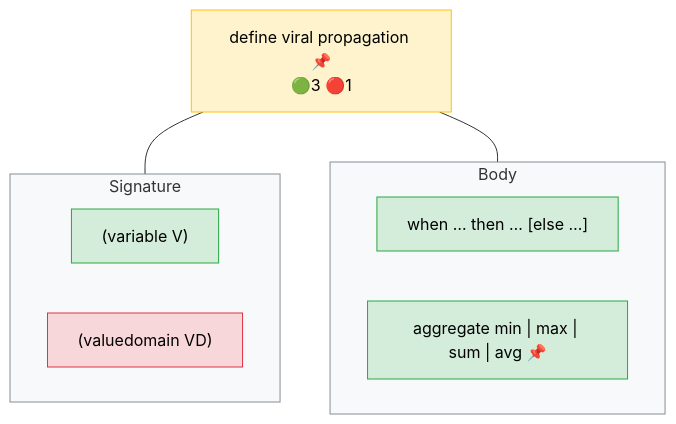
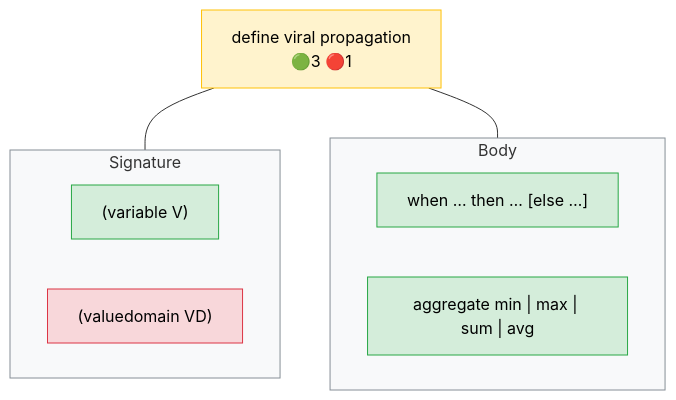
One commit to Meaningful-Data/vtlengine changed the diagram in docs/operator_map/definitions/define_viral_propagation.rst. Above: the diagram before and after it, drawn with Mermaid. The commit also changed other lines of this file and 145 other files, not shown here.

```diff
--- a/docs/operator_map/definitions/define_viral_propagation.rst
+++ b/docs/operator_map/definitions/define_viral_propagation.rst
@@ -17,30 +17,30 @@
 .. mermaid::
    :config: {"flowchart": {"useMaxWidth": false}}
 
    flowchart TB
        classDef ok fill:#d4edda,stroke:#28a745,color:#000
        classDef partial fill:#fff3cd,stroke:#ffc107,color:#000
        classDef refused fill:#d4edda,stroke:#28a745,stroke-width:3px,stroke-dasharray: 2 2,color:#000
        classDef missing fill:#f8d7da,stroke:#dc3545,color:#000
        classDef diverge fill:#cce5ff,stroke:#007bff,color:#000
        classDef block fill:#2b3a4a,stroke:#2b3a4a,color:#fff,font-weight:bold
        classDef ext fill:#fff,stroke:#666,color:#000,stroke-dasharray: 5 5
-       O["define viral propagation 📌<br/>🟢3 🔴1"]:::partial
+       O["define viral propagation<br/>🟢3 🔴1"]:::partial
        subgraph G_b1["Signature"]
            direction LR
            v_variable["(variable V)"]:::ok
            v_valuedomain["(valuedomain VD)"]:::missing
        end
        subgraph G_b2["Body"]
            direction LR
            v_enumerated["when … then … #91;else …#93;"]:::ok
-           v_aggregation["aggregate min #124; max #124; sum #124; avg 📌"]:::ok
+           v_aggregation["aggregate min #124; max #124; sum #124; avg"]:::ok
        end
        O --- G_b1
        O --- G_b2
        style G_b1 fill:#f8f9fa,stroke:#868e96,stroke-width:1px
        style G_b2 fill:#f8f9fa,stroke:#868e96,stroke-width:1px
        click v_variable href "#form-variable"
        click v_valuedomain href "#form-valuedomain"
        click v_enumerated href "#form-enumerated"
        click v_aggregation href "#form-aggregation"
```
